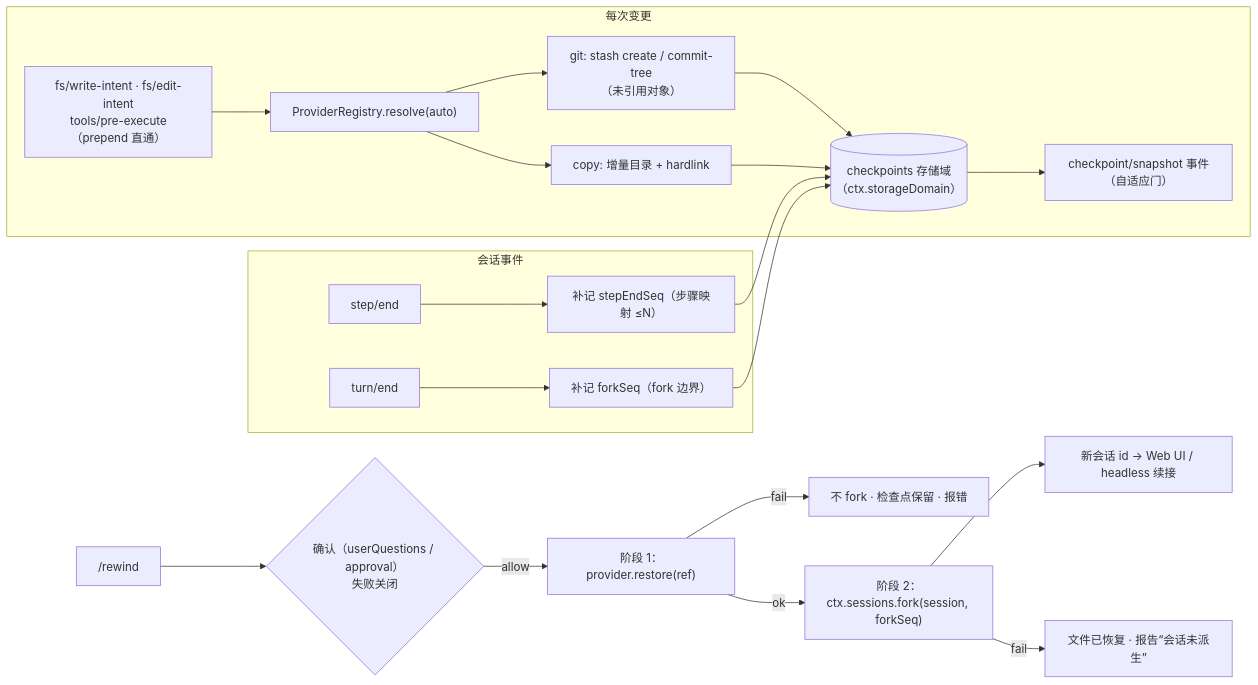
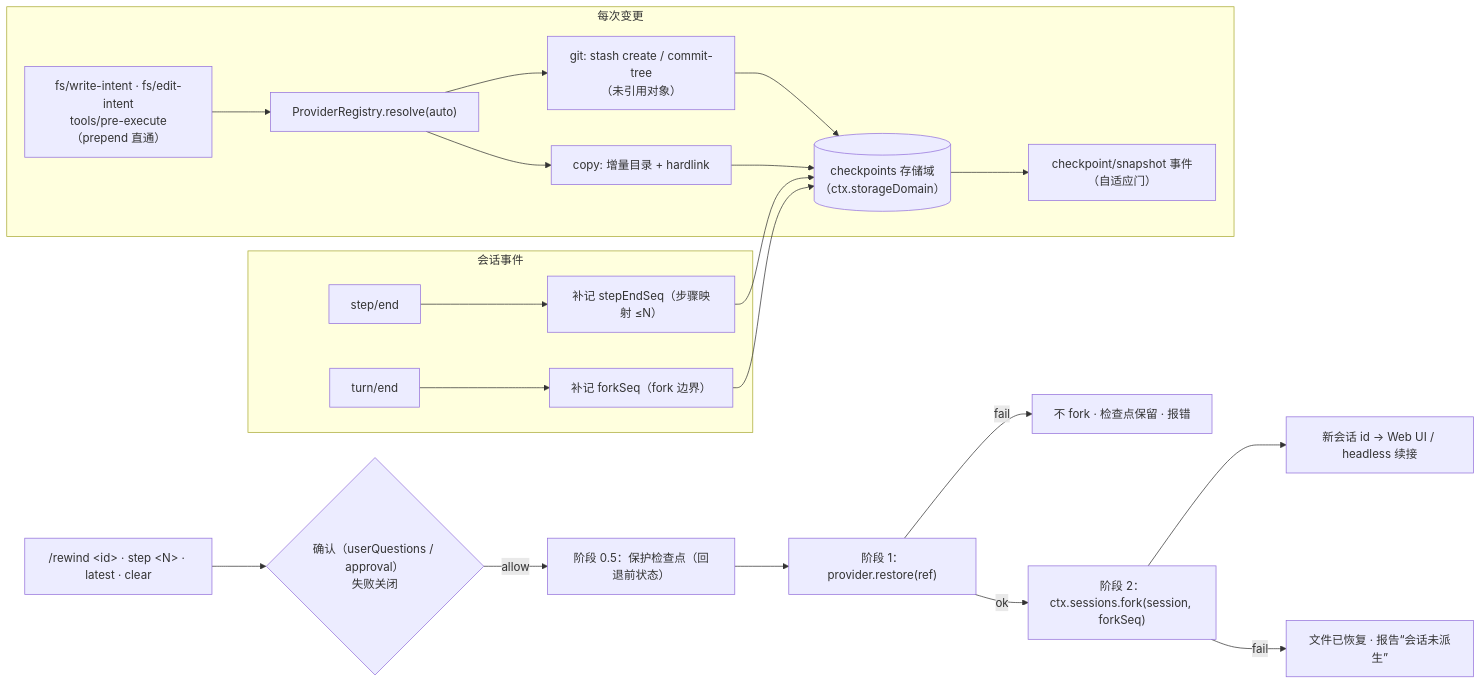
Before and after one commit to PerryLink/dsh-checkpoint-rewind: the diagram in README.zh.md, drawn with Mermaid. The commit also changed other lines of this file and 8 other files, not shown here.

Commit message:
docs: 0.3.0 —— 五语 README（保护检查点/寻址语法/增量配额/verifyByHash/门 v2/clear）、ARCHITECTURE D9-D13 决策、CHANGELOG、SECURITY 三段式模型、AGENTS 纪律更新

````diff
--- a/README.zh.md
+++ b/README.zh.md
@@ -172,23 +185,24 @@
 ```mermaid
 flowchart LR
   subgraph capture["每次变更"]
     A["fs/write-intent · fs/edit-intent<br/>tools/pre-execute（prepend 直通）"] --> B["ProviderRegistry.resolve(auto)"]
     B --> C["git: stash create / commit-tree<br/>（未引用对象）"]
     B --> D["copy: 增量目录 + hardlink"]
     C --> E[("checkpoints 存储域<br/>（ctx.storageDomain）")]
     D --> E
     E --> F["checkpoint/snapshot 事件（自适应门）"]
   end
   subgraph session["会话事件"]
     G["step/end"] --> H["补记 stepEndSeq（步骤映射 ≤N）"]
     I["turn/end"] --> J["补记 forkSeq（fork 边界）"]
     H --> E
     J --> E
   end
-  K["/rewind <id>"] --> L{"确认（userQuestions / approval）<br/>失败关闭"}
-  L -->|allow| M["阶段 1：provider.restore(ref)"]
-  M -->|ok| N["阶段 2：ctx.sessions.fork(session, forkSeq)"]
-  N --> O["新会话 id → Web UI / headless 续接"]
-  M -->|fail| P["不 fork · 检查点保留 · 报错"]
-  N -->|fail| Q["文件已恢复 · 报告“会话未派生”"]
+  K["/rewind &lt;id&gt; · step &lt;N&gt; · latest · clear"] --> L{"确认（userQuestions / approval）<br/>失败关闭"}
+  L -->|allow| M["阶段 0.5：保护检查点（回退前状态）"]
+  M --> N["阶段 1：provider.restore(ref)"]
+  N -->|ok| O["阶段 2：ctx.sessions.fork(session, forkSeq)"]
+  O --> P["新会话 id → Web UI / headless 续接"]
+  N -->|fail| Q["不 fork · 检查点保留 · 报错"]
+  O -->|fail| R["文件已恢复 · 报告“会话未派生”"]
 ```
````
